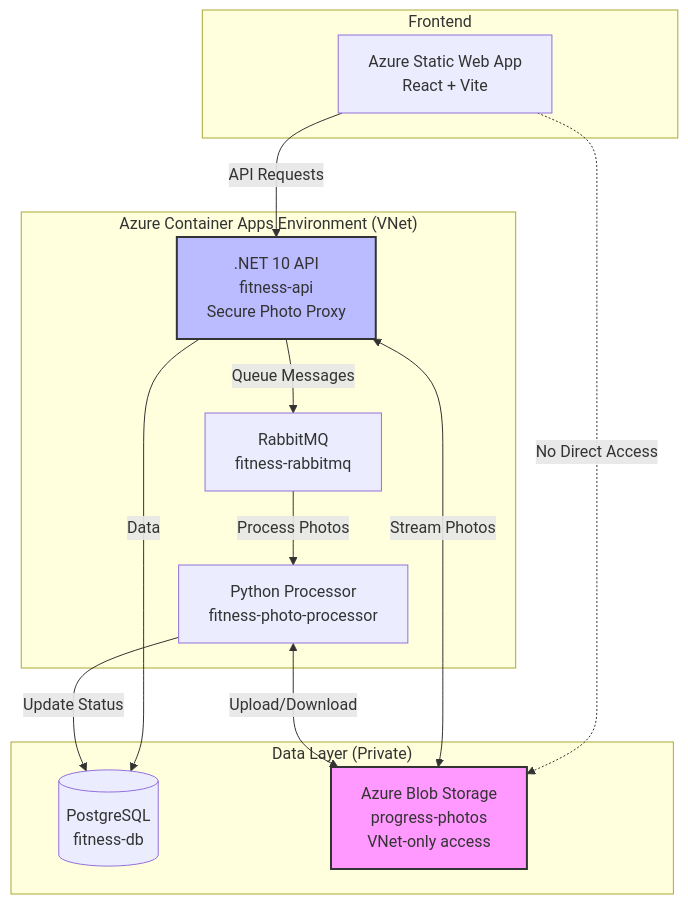
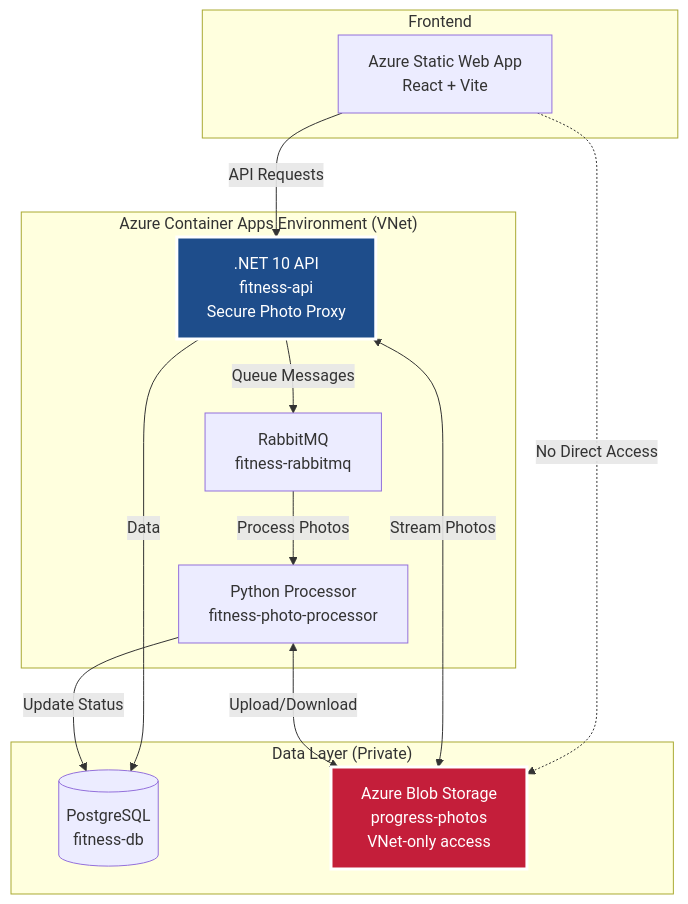
The diagram in README.md (carsonmellblom/FitnessTracker), drawn with Mermaid before and after one commit.

Commit message:
Update readme colors

````diff
--- a/README.md
+++ b/README.md
@@ -7,29 +7,29 @@
 ```mermaid
 graph TB
     subgraph "Frontend"
         SWA[Azure Static Web App<br/>React + Vite]
     end
     
     subgraph "Azure Container Apps Environment (VNet)"
         API[.NET 10 API<br/>fitness-api<br/>Secure Photo Proxy]
         PROC[Python Processor<br/>fitness-photo-processor]
         RMQ[RabbitMQ<br/>fitness-rabbitmq]
     end
     
     subgraph "Data Layer (Private)"
         DB[(PostgreSQL<br/>fitness-db)]
         BLOB[Azure Blob Storage<br/>progress-photos<br/>VNet-only access]
     end
     
     SWA -->|API Requests| API
     SWA -.->|No Direct Access| BLOB
     API <-->|Stream Photos| BLOB
     API -->|Queue Messages| RMQ
     API -->|Data| DB
     RMQ -->|Process Photos| PROC
     PROC <-->|Upload/Download| BLOB
     PROC -->|Update Status| DB
     
-    style BLOB fill:#f9f,stroke:#333,stroke-width:2px
-    style API fill:#bbf,stroke:#333,stroke-width:2px
+    style BLOB fill:#c41e3a,stroke:#fff,stroke-width:3px,color:#fff
+    style API fill:#1e4d8b,stroke:#fff,stroke-width:3px,color:#fff
 ```
````
